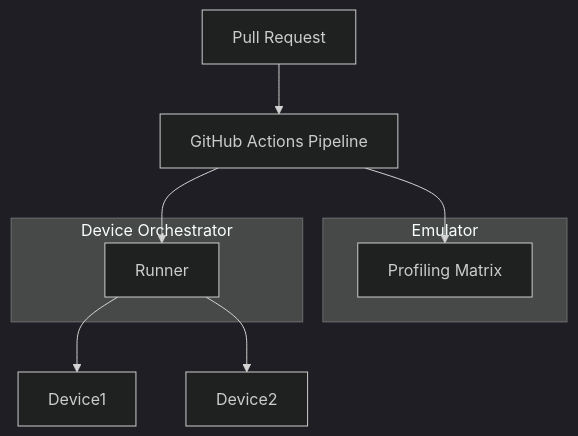
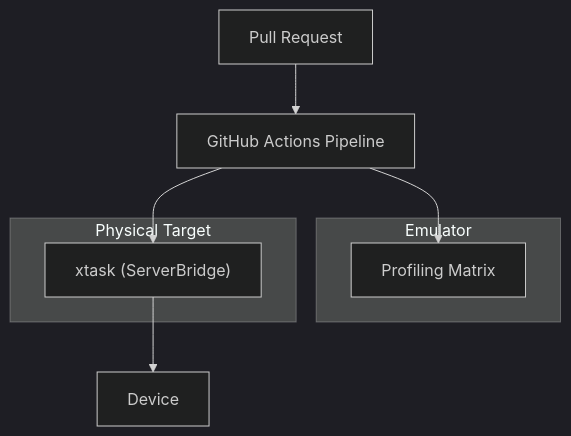
Before and after one commit to Dyse-Industries/control-rs: the diagram in documentation/xtask/design/control-rs-ci-design-doc.md, drawn with Mermaid (dark theme). The commit also changed other lines of this file and 56 other files, not shown here.

````diff
--- a/documentation/xtask/design/control-rs-ci-design-doc.md
+++ b/documentation/xtask/design/control-rs-ci-design-doc.md
@@ -52,16 +38,15 @@
 ```mermaid
 flowchart TD
     CI["GitHub Actions Pipeline"]
     Commit["Pull Request"] --> CI
 
     subgraph Tier1 ["Emulator"]
-        Qemu["Profiling Matrix"]
+        Sim["Profiling Matrix"]
     end
-    subgraph Tier2 ["Device Orchestrator"]
-        Hil["Runner"]
+    subgraph Tier2 ["Physical Target"]
+        Xtask["xtask (ServerBridge)"]
     end
-    CI --> Qemu
-    CI --> Hil
-    Hil --> Device1["Device1"]
-    Hil --> Device2["Device2"]
+    CI --> Sim
+    CI --> Xtask
+    Xtask --> Device["Device"]
 ```
````
